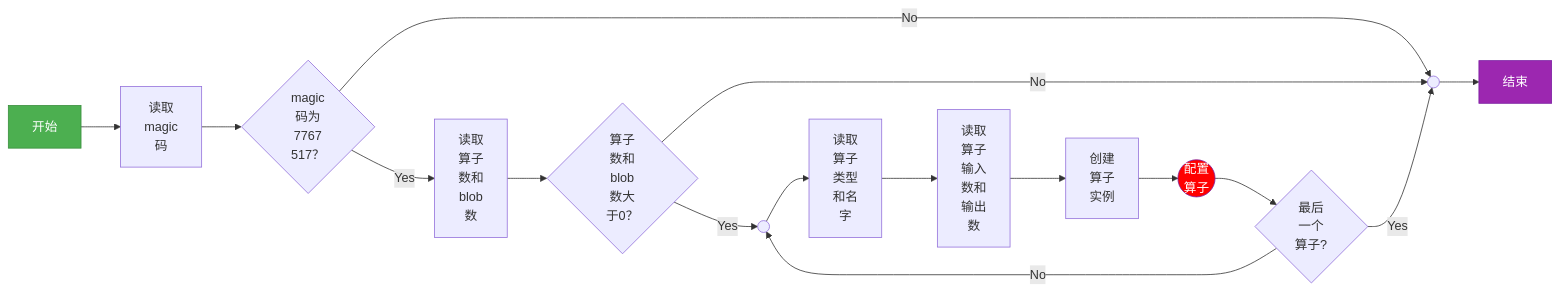
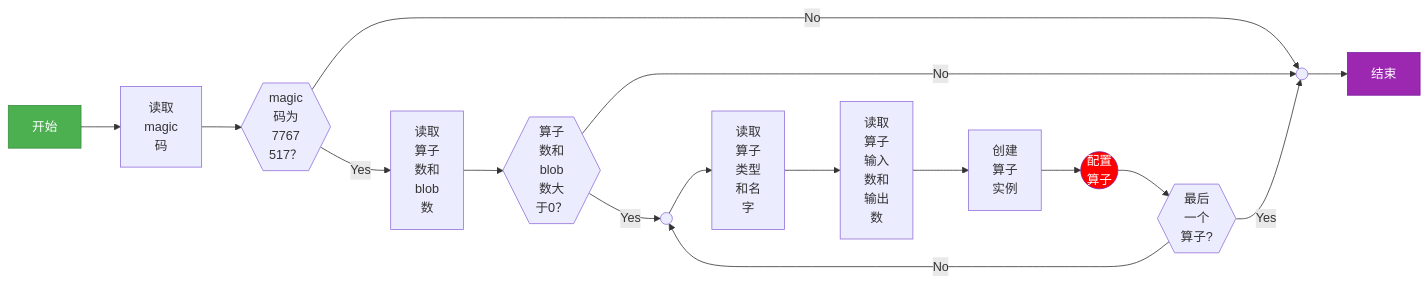
The sixth of 8 diagrams in README.md (18610361898/ai4rp), drawn with Mermaid before and after one commit. The commit also changed other lines of this file and 1 other file, not shown here.

````diff
--- a/README.md
+++ b/README.md
@@ -797,38 +805,38 @@
 ```mermaid
 graph LR
   A[开始]
   B[读取<br>magic<br>码]
   C[读取<br>算子<br>数和<br>blob<br>数]
   D[读取<br>算子<br>类型<br>和名<br>字]
   E[读取<br>算子<br>输入<br>数和<br>输出<br>数]
   F[创建<br>算子<br>实例]
-  G@{ shape: circle, label: "配置<br>算子" }
+  G@{shape: circle, label: "配置<br>算子"}
   H[结束]
 
-  I0{magic<br>码为<br>7767<br>517？}
-  I1{算子<br>数和<br>blob<br>数大<br>于0？}
-  I2{最后<br>一个<br>算子?}
+  I0@{shape: hex, label: "magic<br>码为<br>7767<br>517？"}
+  I1@{shape: hex, label: "算子<br>数和<br>blob<br>数大<br>于0？"}
+  I2@{shape: hex, label: "最后<br>一个<br>算子?"}
   
   HUB0(( ))
   HUB1(( ))
 
   A  --> B
   B  --> I0
   I0 --> |Yes|C
   I0 --> |No|HUB0
   C  --> I1
   I1 --> |Yes|HUB1
   I1 --> |No|HUB0
   HUB1 --> D
   D --> E
   E --> F
   F --> G
   G --> I2
   I2 --> |Yes|HUB0
   I2 --> |No|HUB1
   HUB0 --> H
 
   style A fill:#4CAF50,stroke:#388E3C,color:white
   style G fill:#FF0000,stroke:#7B1FA2,color:white
   style H fill:#9C27B0,stroke:#7B1FA2,color:white
 ```
````
